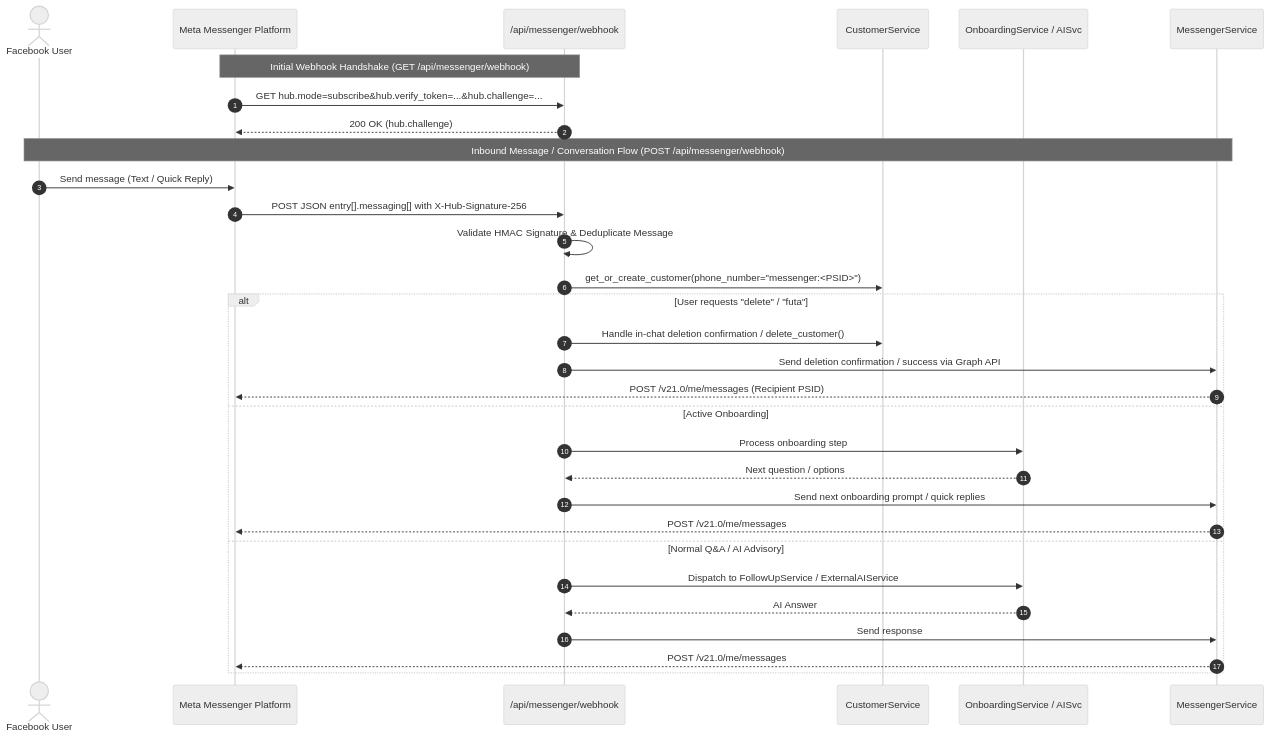
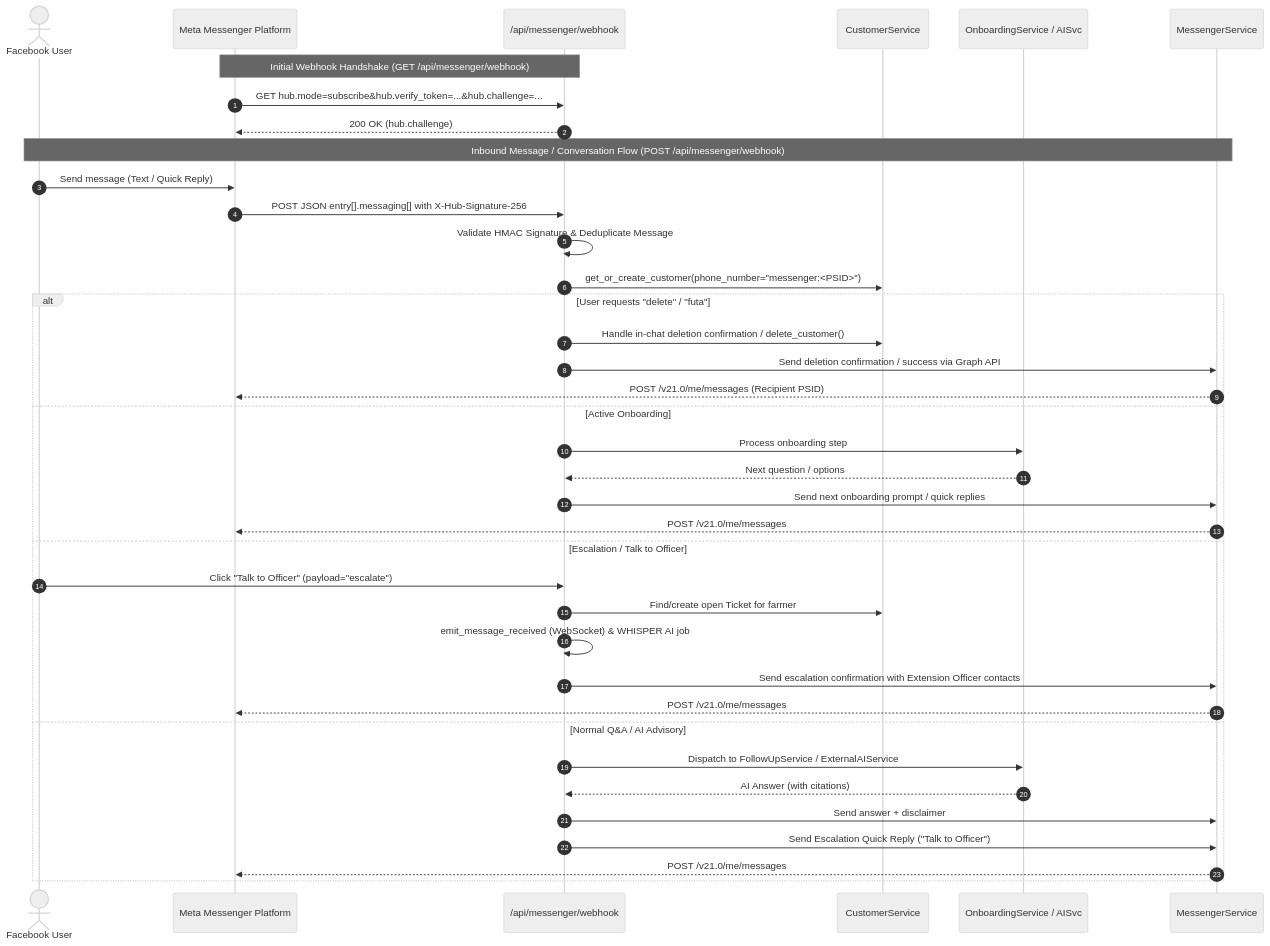
Before and after one commit to akvo/agriconnect: the diagram in docs/FACEBOOK_MESSENGER_INTEGRATION.md, drawn with Mermaid (neutral theme). The commit also changed other lines of this file, not shown here.

Commit message:
[#198] docs(messenger): update integration spec with multi-channel dispatch architecture

````diff
--- a/docs/FACEBOOK_MESSENGER_INTEGRATION.md
+++ b/docs/FACEBOOK_MESSENGER_INTEGRATION.md
@@ -60,38 +60,45 @@
 ```mermaid
 sequenceDiagram
     autonumber
     actor User as Facebook User
     participant Meta as Meta Messenger Platform
     participant Router as /api/messenger/webhook
     participant CustSvc as CustomerService
     participant OnbSvc as OnboardingService / AISvc
     participant MsgSvc as MessengerService
 
     %% Handshake Flow
     Note over Meta,Router: Initial Webhook Handshake (GET /api/messenger/webhook)
     Meta->>Router: GET hub.mode=subscribe&hub.verify_token=...&hub.challenge=...
     Router-->>Meta: 200 OK (hub.challenge)
 
     %% Inbound Message Flow
     Note over User,MsgSvc: Inbound Message / Conversation Flow (POST /api/messenger/webhook)
     User->>Meta: Send message (Text / Quick Reply)
     Meta->>Router: POST JSON entry[].messaging[] with X-Hub-Signature-256
     Router->>Router: Validate HMAC Signature & Deduplicate Message
     Router->>CustSvc: get_or_create_customer(phone_number="messenger:<PSID>")
 
     alt User requests "delete" / "futa"
         Router->>CustSvc: Handle in-chat deletion confirmation / delete_customer()
         Router->>MsgSvc: Send deletion confirmation / success via Graph API
         MsgSvc-->>Meta: POST /v21.0/me/messages (Recipient PSID)
     else Active Onboarding
         Router->>OnbSvc: Process onboarding step
         OnbSvc-->>Router: Next question / options
         Router->>MsgSvc: Send next onboarding prompt / quick replies
         MsgSvc-->>Meta: POST /v21.0/me/messages
+    else Escalation / Talk to Officer
+        User->>Router: Click "Talk to Officer" (payload="escalate")
+        Router->>CustSvc: Find/create open Ticket for farmer
+        Router->>Router: emit_message_received (WebSocket) & WHISPER AI job
+        Router->>MsgSvc: Send escalation confirmation with Extension Officer contacts
+        MsgSvc-->>Meta: POST /v21.0/me/messages
     else Normal Q&A / AI Advisory
         Router->>OnbSvc: Dispatch to FollowUpService / ExternalAIService
-        OnbSvc-->>Router: AI Answer
-        Router->>MsgSvc: Send response
+        OnbSvc-->>Router: AI Answer (with citations)
+        Router->>MsgSvc: Send answer + disclaimer
+        Router->>MsgSvc: Send Escalation Quick Reply ("Talk to Officer")
         MsgSvc-->>Meta: POST /v21.0/me/messages
     end
 ```
````
